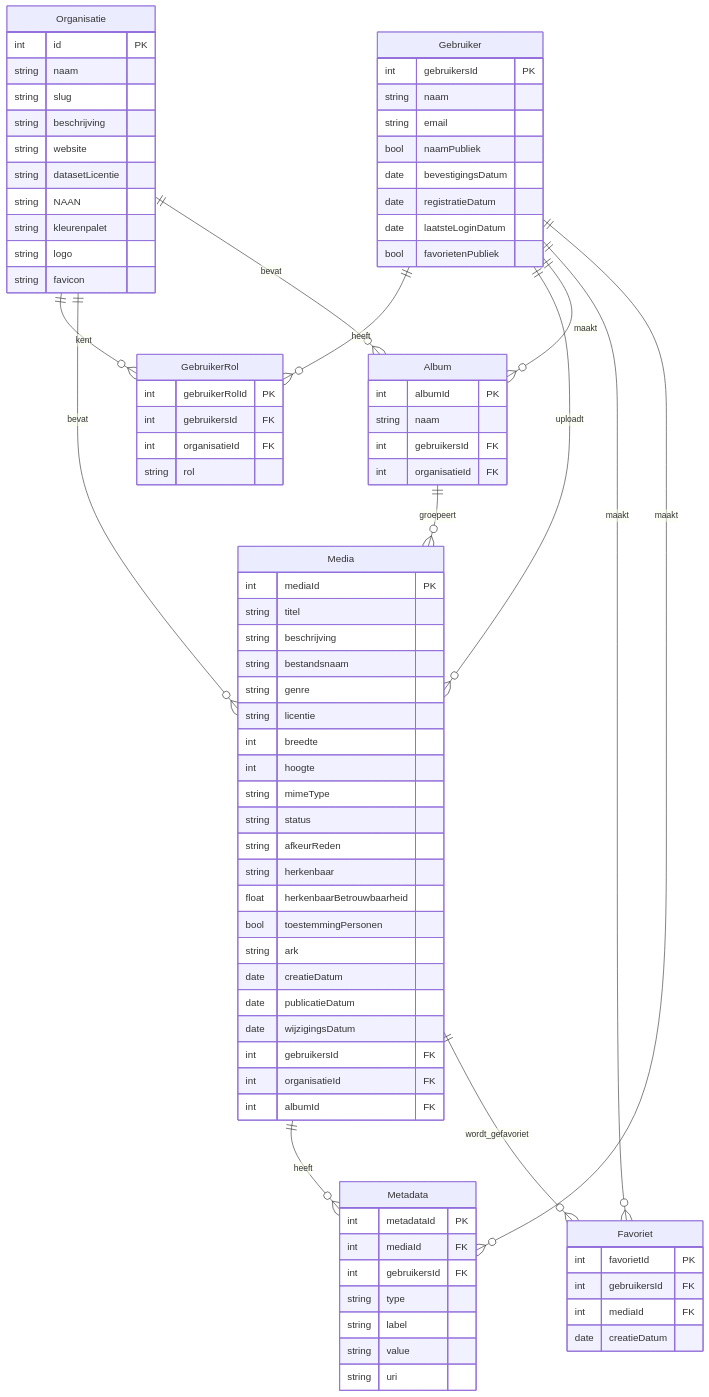
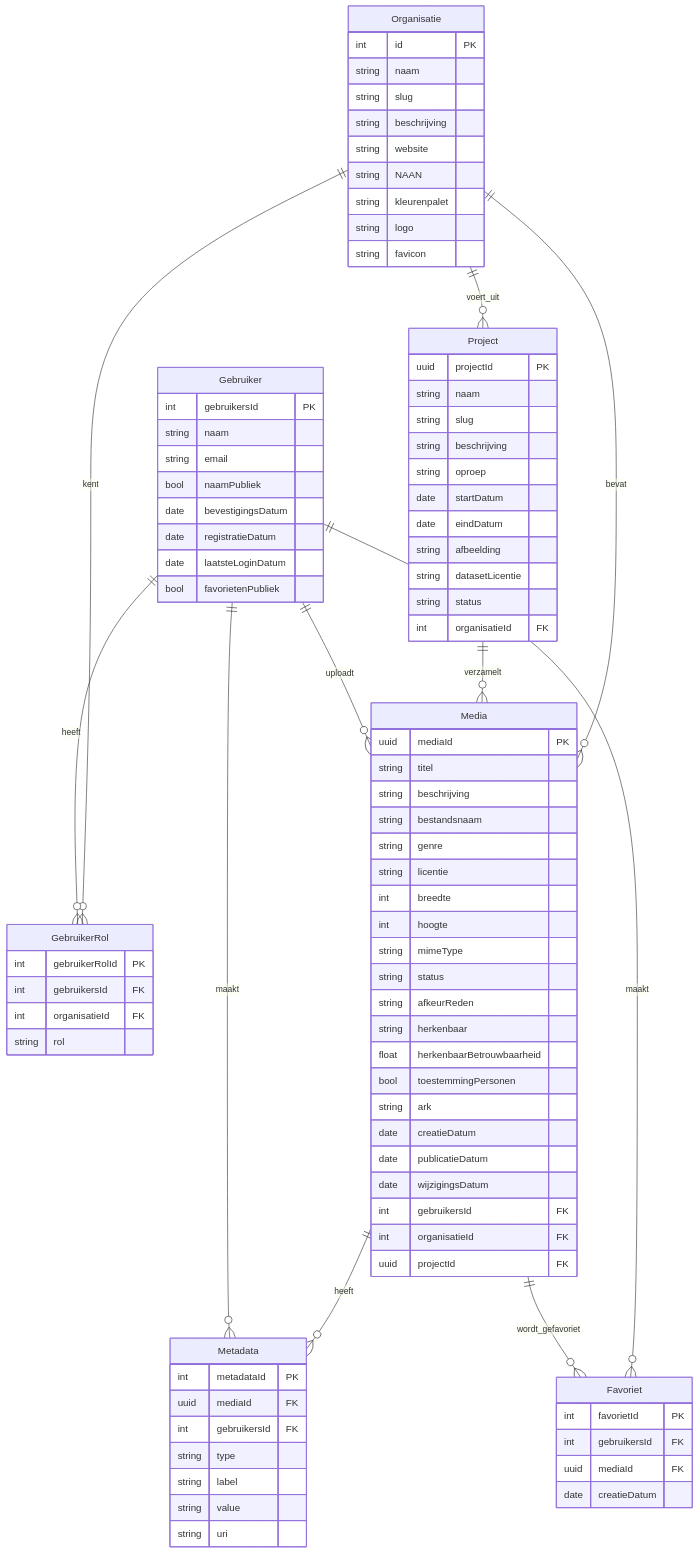
One commit to inside-out-time-machines/design changed the diagram in data-architectuur/erd.mermaid.md. Above: the diagram before and after it, drawn with Mermaid. The commit also changed 10 other files, not shown here.

```diff
--- a/data-architectuur/erd.mermaid.md
+++ b/data-architectuur/erd.mermaid.md
@@ -9,11 +9,24 @@
     string slug
     string beschrijving
     string website
-    string datasetLicentie
     string NAAN
     string kleurenpalet
     string logo
     string favicon
+  }
+
+  Project {
+    uuid projectId PK
+    string naam
+    string slug
+    string beschrijving
+    string oproep
+    date startDatum
+    date eindDatum
+    string afbeelding
+    string datasetLicentie
+    string status
+    int organisatieId FK
   }
 
   Gebruiker {
@@ -35,7 +48,7 @@
   }
 
   Media {
-    int mediaId PK
+    uuid mediaId PK
     string titel
     string beschrijving
     string bestandsnaam
@@ -55,12 +68,12 @@
     date wijzigingsDatum
     int gebruikersId FK
     int organisatieId FK
-    int albumId FK
+    uuid projectId FK
   }
 
   Metadata {
     int metadataId PK
-    int mediaId FK
+    uuid mediaId FK
     int gebruikersId FK
     string type
     string label
@@ -68,20 +81,19 @@
     string uri
   }
 
-  Album {
-    int albumId PK
-    string naam
-    int gebruikersId FK
-    int organisatieId FK
-  }
-
   Favoriet {
     int favorietId PK
     int gebruikersId FK
-    int mediaId FK
+    uuid mediaId FK
     date creatieDatum
   }
 
+  %% Project: campagne op organisatieniveau (bijv. "Smaak van Gouda"), beheerd door de
+  %% organisatiebeheerder. Elke organisatie heeft minstens een project; elke jottem hoort
+  %% bij precies een project (Media.projectId verplicht). Project.status: actief / afgerond.
+  %% Project.datasetLicentie: licentie van de projectdataset (datasetbeschrijving per project).
+  %% Publiek zichtbare identifiers (mediaId, projectId) zijn betekenisloze UUID's; interne
+  %% id's (gebruikersId e.d.) blijven interne sleutels.
   %% Rollen: een gebruiker kan meerdere rollen hebben, per organisatie (GebruikerRol);
   %% de rol platformbeheerder heeft geen organisatieId. Lidmaatschap van een organisatie
   %% volgt uit de GebruikerRol-rijen.
@@ -92,9 +104,9 @@
   %% Media.titel/beschrijving/licentie, breedte/hoogte/mimeType en wijzigingsDatum zijn
   %% toegevoegd n.a.v. de outputcontrole in de data-architectuur (IIIF-label/rights/canvas,
   %% RDF schema:name/license, RSS en IIIF Change Discovery).
-  %% Organisatie.beschrijving/website/datasetLicentie: nodig voor de NDE-datasetbeschrijving
-  %% en de IIIF provider/RSS-channel. Gebruiker.naamPubliek: bepaalt of de naam als creator
-  %% bij annotaties getoond wordt.
+  %% Organisatie.beschrijving/website: nodig voor publisher-informatie, IIIF provider en
+  %% RSS-channel. Gebruiker.naamPubliek: bepaalt of de naam als creator bij annotaties
+  %% getoond wordt.
   %% Organisatie.NAAN en Media.ark zijn gereserveerd voor de ARK-fase (uitgesteld,
   %% zie keuze-oplossingsrichting).
   %% Locatie- en tijdlijngegevens (adres, openings-/sluitingsjaar, geo-WKT, archiefbron)
@@ -103,13 +115,12 @@
   %% Relationships
   Organisatie ||--o{ GebruikerRol : "kent"
   Organisatie ||--o{ Media : "bevat"
-  Organisatie ||--o{ Album : "bevat"
+  Organisatie ||--o{ Project : "voert_uit"
+
+  Project ||--o{ Media : "verzamelt"
 
   Gebruiker ||--o{ GebruikerRol : "heeft"
   Gebruiker ||--o{ Media : "uploadt"
-  Gebruiker ||--o{ Album : "maakt"
-
-  Album ||--o{ Media : "groepeert"
 
   Media ||--o{ Metadata : "heeft"
 
```
